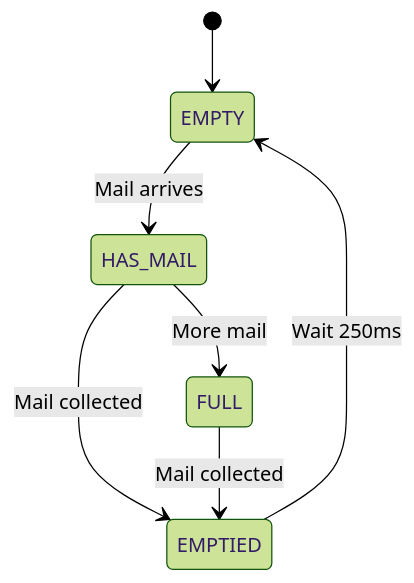
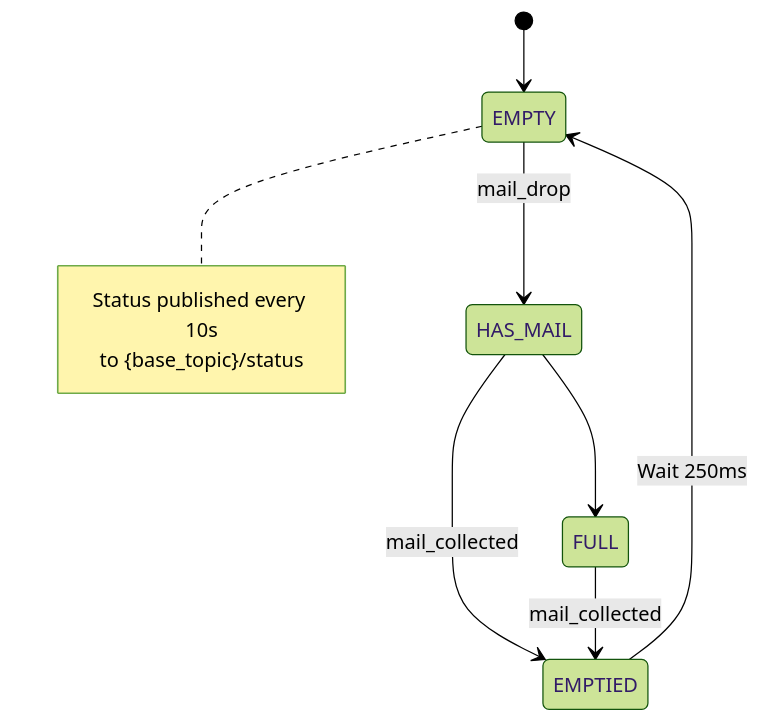
One commit to the-coding-carrot/IoT-Test changed the second of 2 diagrams in README.md. Above: the diagram before and after it, drawn with Mermaid (forest theme). The commit also changed other lines of this file and 8 other files, not shown here.

````diff
--- a/README.md
+++ b/README.md
@@ -228,9 +309,14 @@
 ```mermaid
 stateDiagram-v2
     [*] --> EMPTY
-    EMPTY --> HAS_MAIL: Mail arrives
-    HAS_MAIL --> FULL: More mail
-    HAS_MAIL --> EMPTIED: Mail collected
-    FULL --> EMPTIED: Mail collected
+    EMPTY --> HAS_MAIL: mail_drop
+    HAS_MAIL --> FULL
+    HAS_MAIL --> EMPTIED: mail_collected
+    FULL --> EMPTIED: mail_collected
     EMPTIED --> EMPTY: Wait 250ms
+
+    note right of EMPTY
+        Status published every 10s
+        to {base_topic}/status
+    end note
 ```
````
